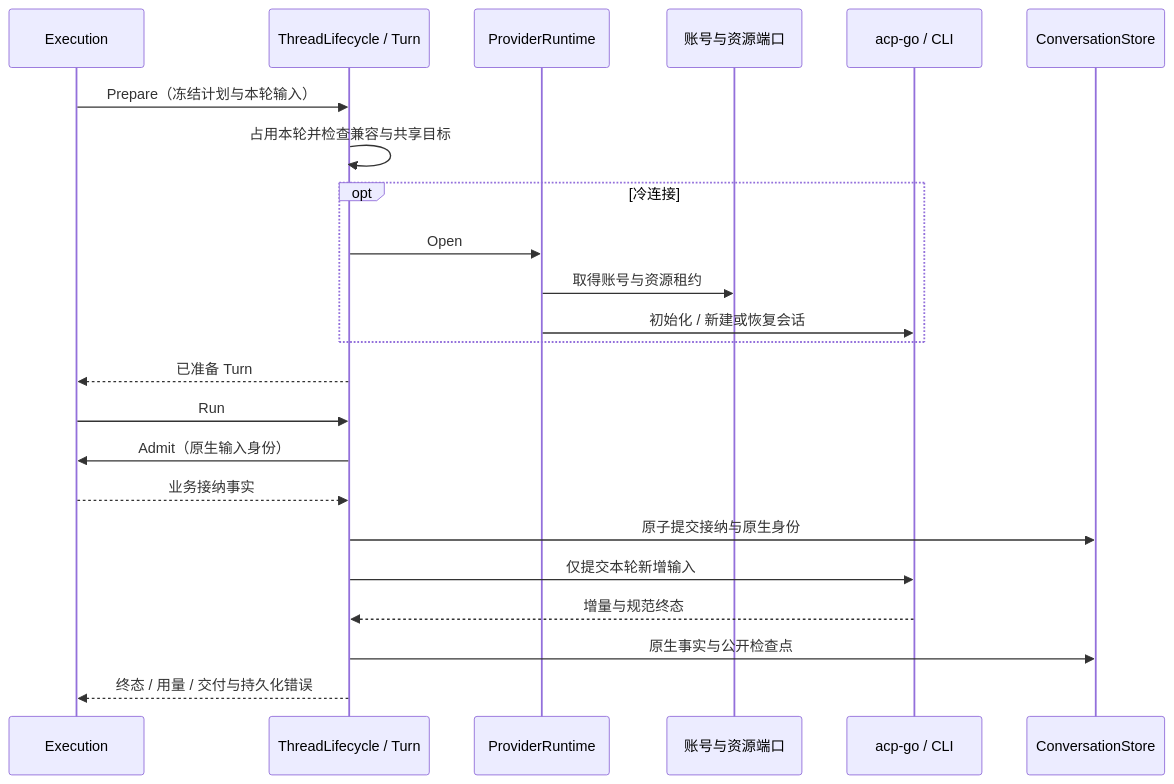
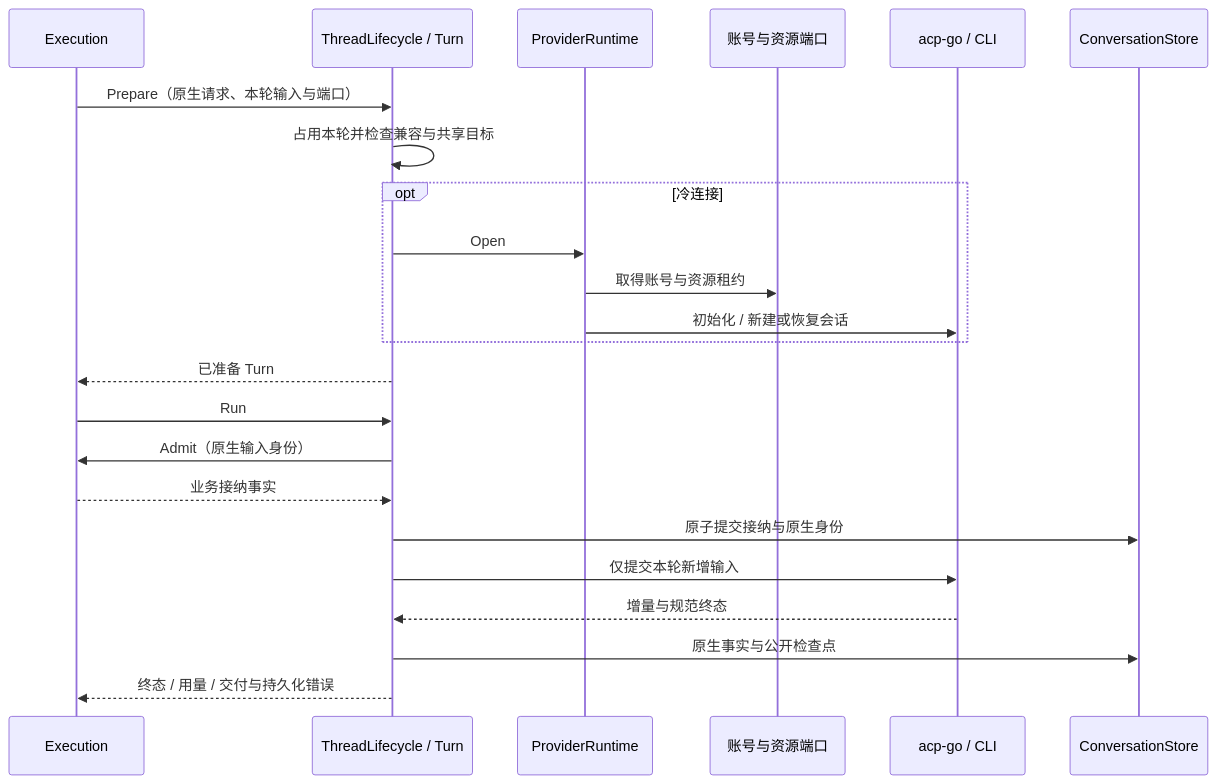
The first of 2 diagrams in docs/architecture/chat-and-execution-cn.md (JieWaZi/NeuxBot), drawn with Mermaid before and after one commit. The commit also changed other lines of this file and 316 other files, not shown here.

````diff
--- a/docs/architecture/chat-and-execution-cn.md
+++ b/docs/architecture/chat-and-execution-cn.md
@@ -35,25 +35,25 @@
 ```mermaid
 sequenceDiagram
   participant Execution
   participant Thread as ThreadLifecycle / Turn
   participant Provider as ProviderRuntime
   participant Resources as 账号与资源端口
   participant CLI as acp-go / CLI
   participant Store as ConversationStore
-  Execution->>Thread: Prepare（冻结计划与本轮输入）
+  Execution->>Thread: Prepare（原生请求、本轮输入与端口）
   Thread->>Thread: 占用本轮并检查兼容与共享目标
   opt 冷连接
     Thread->>Provider: Open
     Provider->>Resources: 取得账号与资源租约
     Provider->>CLI: 初始化 / 新建或恢复会话
   end
   Thread-->>Execution: 已准备 Turn
   Execution->>Thread: Run
   Thread->>Execution: Admit（原生输入身份）
   Execution-->>Thread: 业务接纳事实
   Thread->>Store: 原子提交接纳与原生身份
   Thread->>CLI: 仅提交本轮新增输入
   CLI-->>Thread: 增量与规范终态
   Thread->>Store: 原生事实与公开检查点
   Thread-->>Execution: 终态 / 用量 / 交付与持久化错误
 ```
````
